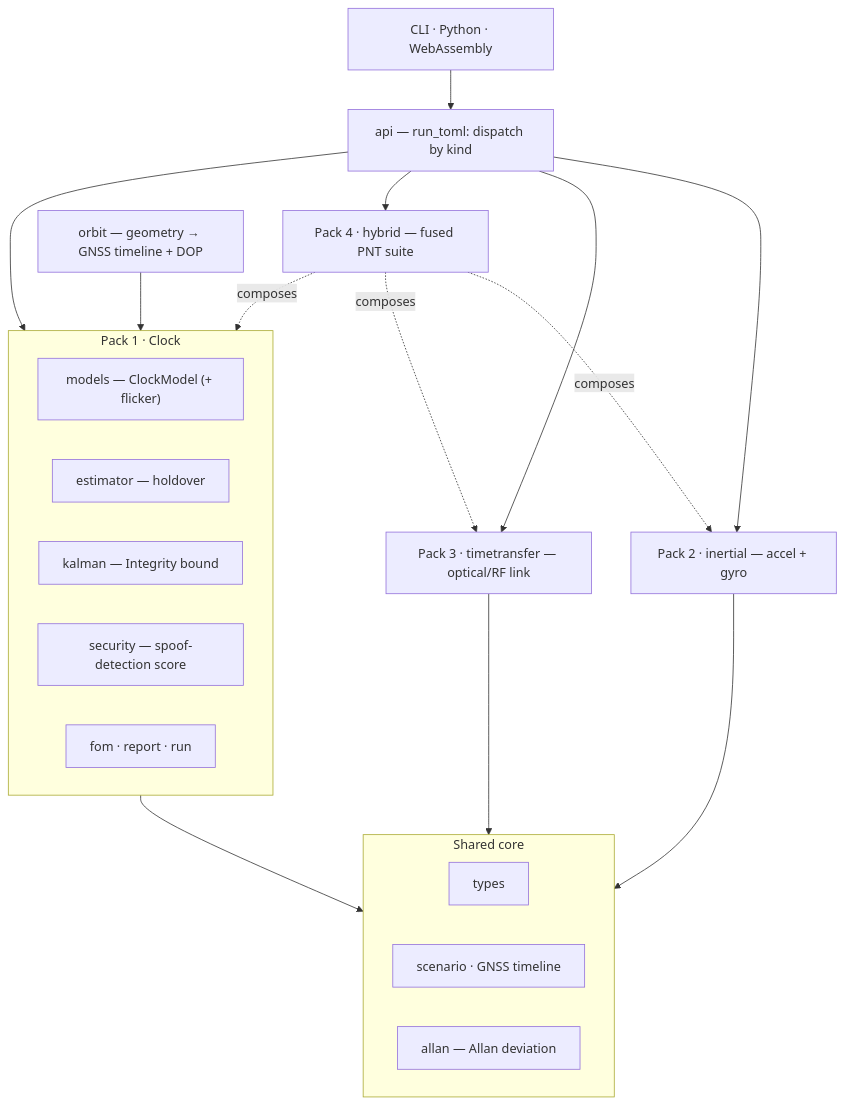
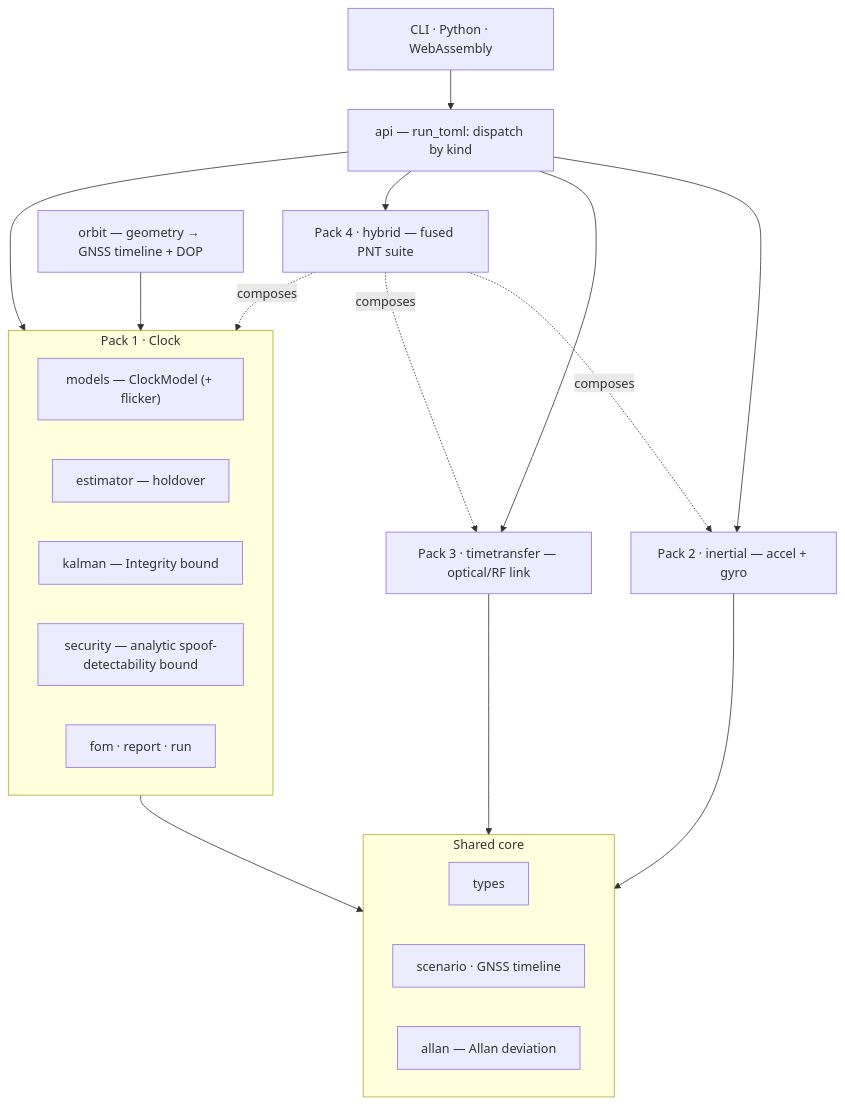
One commit to ashfordeOU/kshana changed the second of 2 diagrams in README.md. Above: the diagram before and after it, drawn with Mermaid. The commit also changed other lines of this file and 5 other files, not shown here.

````diff
--- a/README.md
+++ b/README.md
@@ -334,31 +354,31 @@
 ```mermaid
 flowchart TD
     cli["CLI · Python · WebAssembly"] --> api["api — run_toml: dispatch by kind"]
     subgraph shared["Shared core"]
       types["types"]
       scenario["scenario · GNSS timeline"]
       allan["allan — Allan deviation"]
     end
     subgraph p1["Pack 1 · Clock"]
       models["models — ClockModel (+ flicker)"]
       estimator["estimator — holdover"]
       kalman["kalman — Integrity bound"]
-      security["security — spoof-detection score"]
+      security["security — analytic spoof-detectability bound"]
       fom["fom · report · run"]
     end
     p2["Pack 2 · inertial — accel + gyro"]
     p3["Pack 3 · timetransfer — optical/RF link"]
     p4["Pack 4 · hybrid — fused PNT suite"]
     orbit["orbit — geometry → GNSS timeline + DOP"]
     api --> p1
     api --> p2
     api --> p3
     api --> p4
     p1 --> shared
     p2 --> shared
     p3 --> shared
     orbit --> p1
     p4 -. composes .-> p1
     p4 -. composes .-> p2
     p4 -. composes .-> p3
 ```
````
